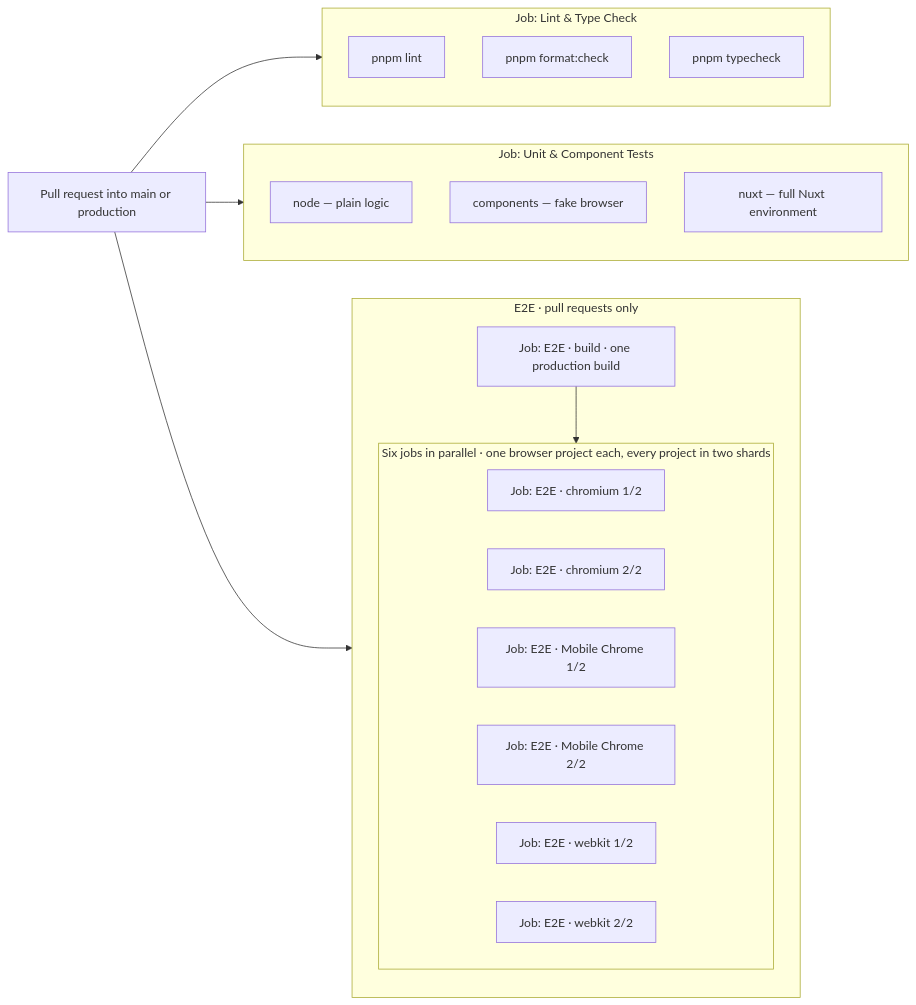
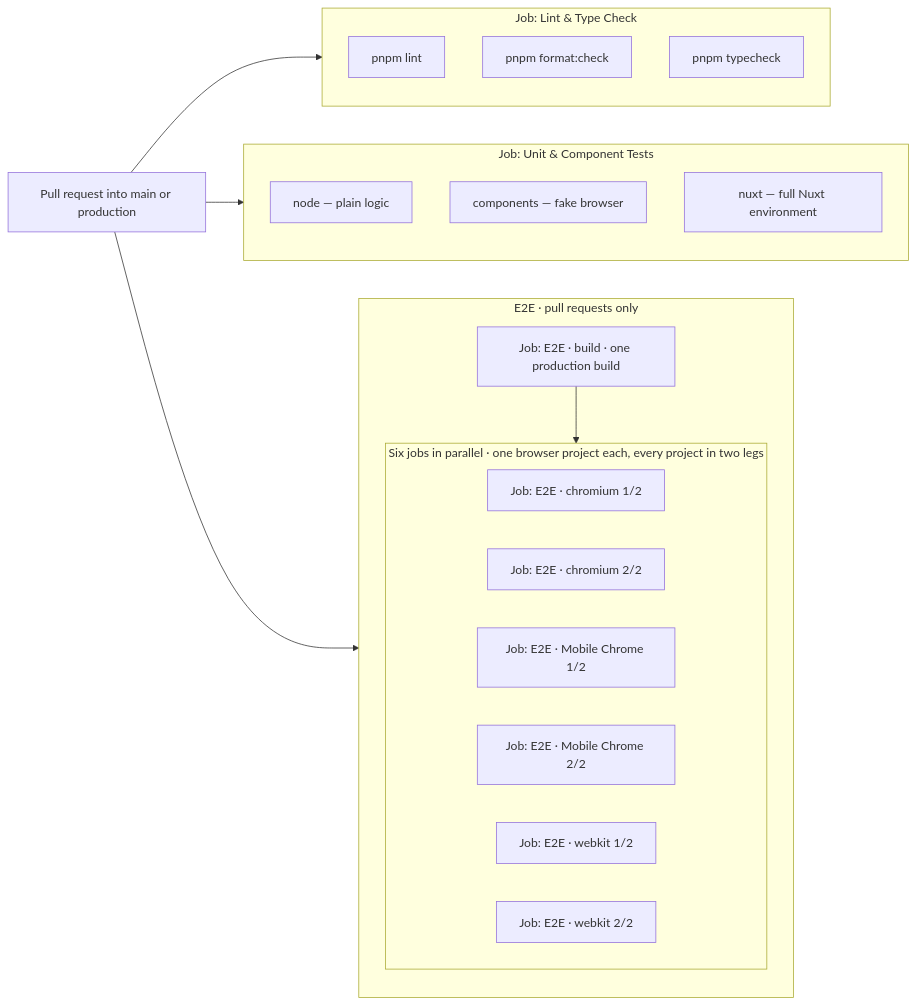
The first of 6 diagrams in docs/test-layers.md (geins-io/sales-portal), drawn with Mermaid before and after one commit. The commit also changed other lines of this file and 6 other files, not shown here.

````diff
--- a/docs/test-layers.md
+++ b/docs/test-layers.md
@@ -14,37 +14,37 @@
 ```mermaid
 flowchart LR
     PR["Pull request into main or production"] --> LINT
     PR --> UNIT
     PR --> E2E
 
     subgraph LINT["Job: Lint &amp; Type Check"]
         direction TB
         L1["pnpm lint"]
         L2["pnpm format:check"]
         L3["pnpm typecheck"]
     end
 
     subgraph UNIT["Job: Unit &amp; Component Tests"]
         direction TB
         U1["node — plain logic"]
         U2["components — fake browser"]
         U3["nuxt — full Nuxt environment"]
     end
 
     subgraph E2E["E2E · pull requests only"]
         direction TB
         BUILD["Job: E2E · build · one production build"]
 
-        subgraph LEGS["Six jobs in parallel · one browser project each, every project in two shards"]
+        subgraph LEGS["Six jobs in parallel · one browser project each, every project in two legs"]
             direction LR
             B1["Job: E2E · chromium 1/2"]
             B2["Job: E2E · chromium 2/2"]
             B3["Job: E2E · Mobile Chrome 1/2"]
             B4["Job: E2E · Mobile Chrome 2/2"]
             B5["Job: E2E · webkit 1/2"]
             B6["Job: E2E · webkit 2/2"]
         end
 
         BUILD --> LEGS
     end
 ```
````
